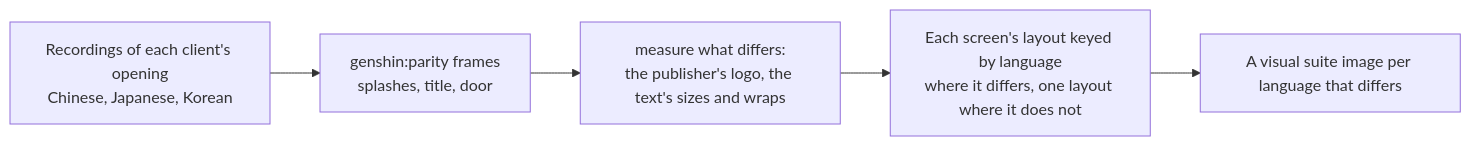
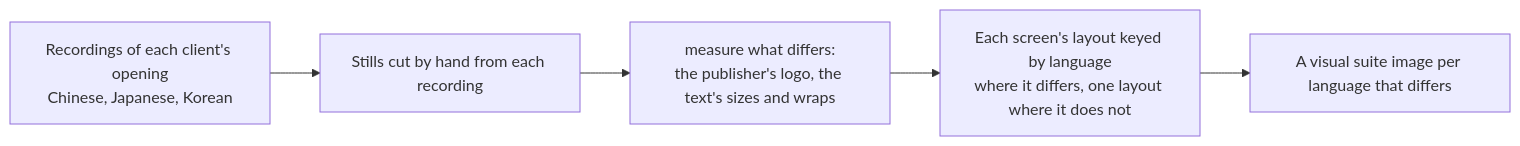
Before and after one commit to Esposter/Esposter: the diagram in openspec/changes/genshin-localized-opening/design.md, drawn with Mermaid. The commit also changed 42 other files, not shown here.

First line of the commit message:
docs(genshin-parity): the specs, skill and open changes say a reference is a screenshot sampled by hand

````diff
--- a/openspec/changes/genshin-localized-opening/design.md
+++ b/openspec/changes/genshin-localized-opening/design.md
@@ -7,7 +7,7 @@
 ```mermaid
 flowchart LR
-  Videos["Recordings of each client's opening<br/>Chinese, Japanese, Korean"] --> Frames["genshin:parity frames<br/>splashes, title, door"]
+  Videos["Recordings of each client's opening<br/>Chinese, Japanese, Korean"] --> Frames["Stills cut by hand from each recording"]
   Frames --> Measure["measure what differs:<br/>the publisher's logo, the text's sizes and wraps"]
   Measure --> Screens["Each screen's layout keyed by language<br/>where it differs, one layout where it does not"]
   Screens --> Visual["A visual suite image per language that differs"]
 ```
````
